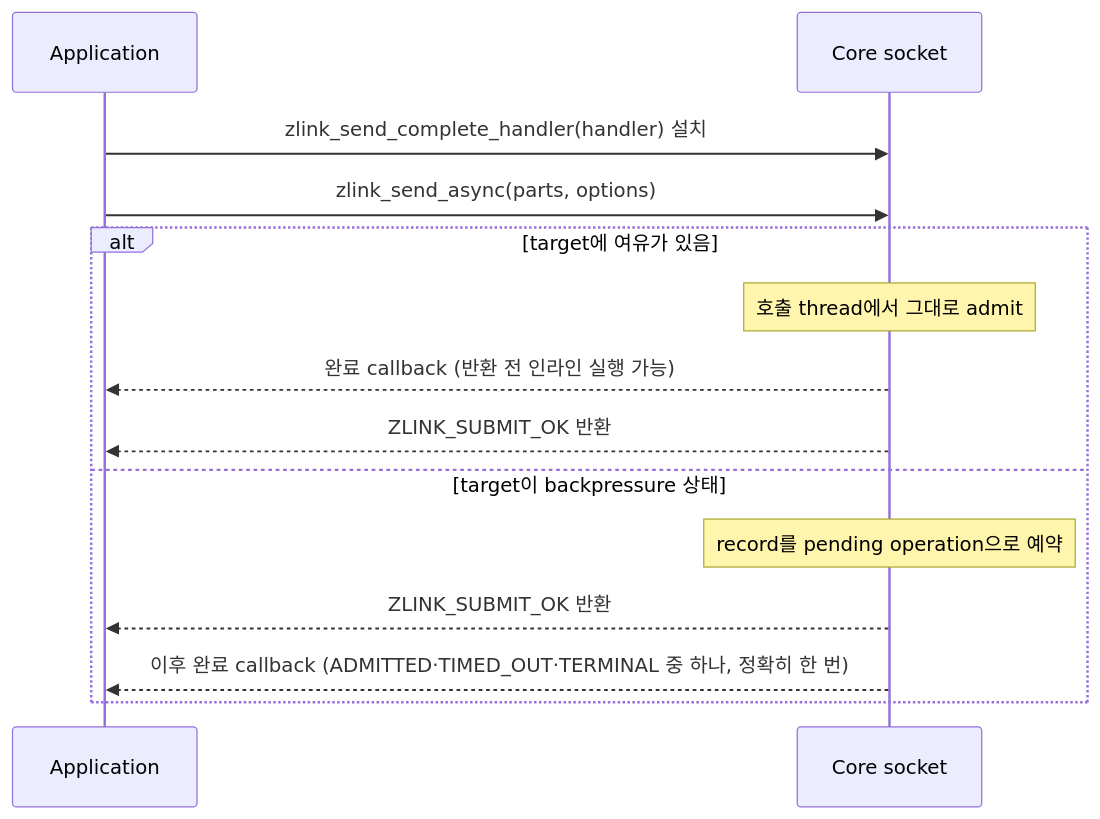
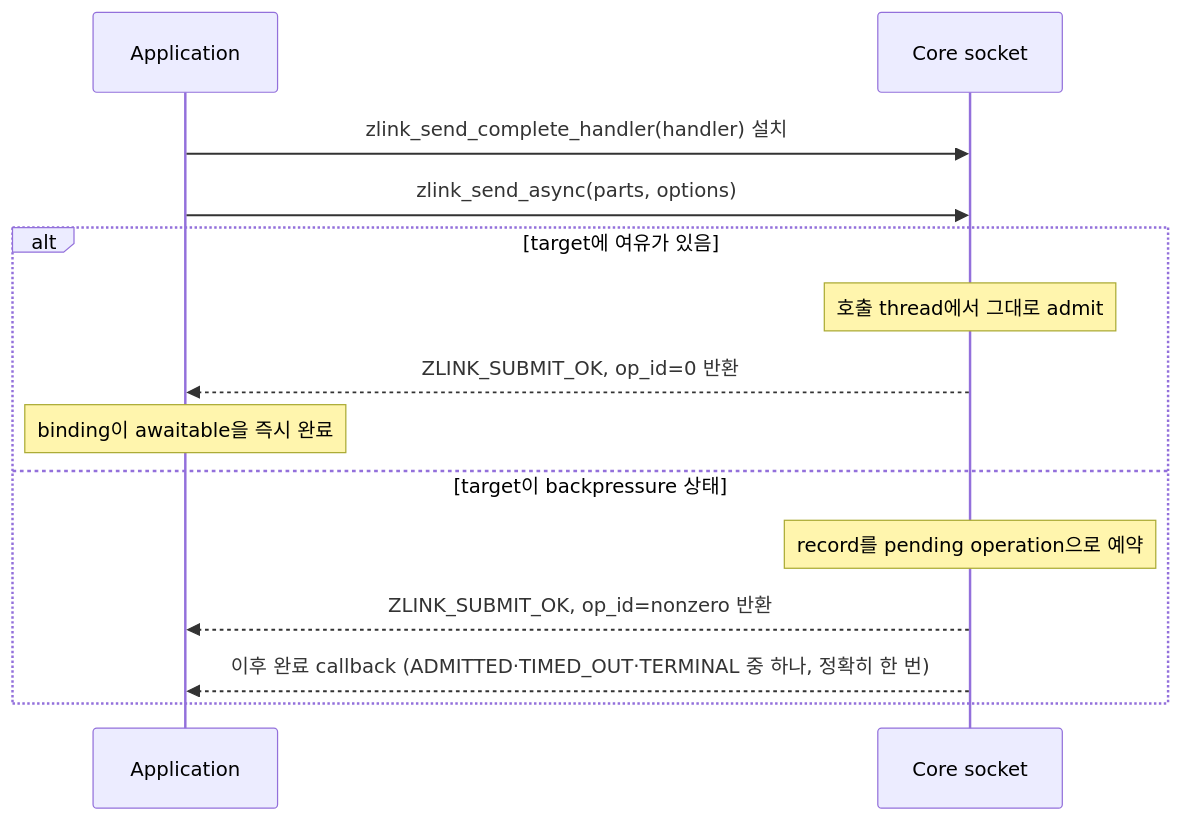
Before and after one commit to zlink-systems/zlink: the diagram in core/doc/spec/core/socket/README.ko.md, drawn with Mermaid. The commit also changed other lines of this file and 37 other files, not shown here.

````diff
--- a/core/doc/spec/core/socket/README.ko.md
+++ b/core/doc/spec/core/socket/README.ko.md
@@ -961,16 +963,16 @@
 ```mermaid
 sequenceDiagram
     participant App as Application
     participant Core as Core socket
     App->>Core: zlink_send_complete_handler(handler) 설치
     App->>Core: zlink_send_async(parts, options)
     alt target에 여유가 있음
         Note over Core: 호출 thread에서 그대로 admit
-        Core-->>App: 완료 callback (반환 전 인라인 실행 가능)
-        Core-->>App: ZLINK_SUBMIT_OK 반환
+        Core-->>App: ZLINK_SUBMIT_OK, op_id=0 반환
+        Note over App: binding이 awaitable을 즉시 완료
     else target이 backpressure 상태
         Note over Core: record를 pending operation으로 예약
-        Core-->>App: ZLINK_SUBMIT_OK 반환
+        Core-->>App: ZLINK_SUBMIT_OK, op_id=nonzero 반환
         Core-->>App: 이후 완료 callback (ADMITTED·TIMED_OUT·TERMINAL 중 하나, 정확히 한 번)
     end
 ```
````
